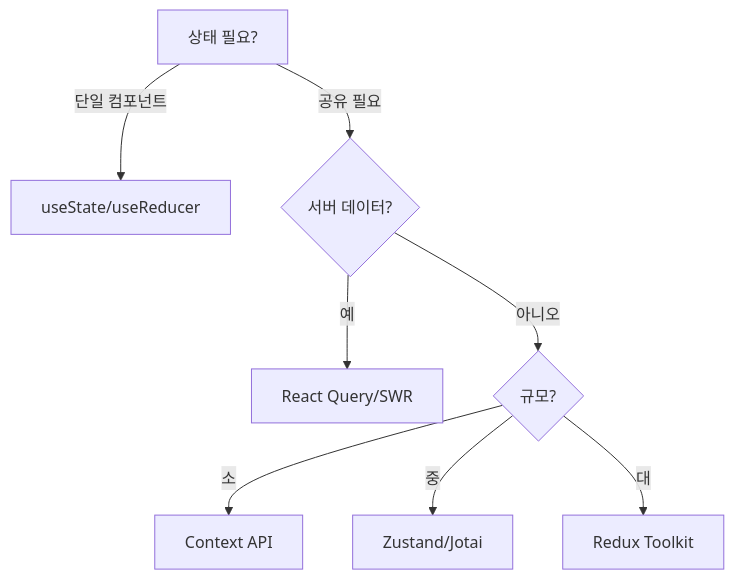
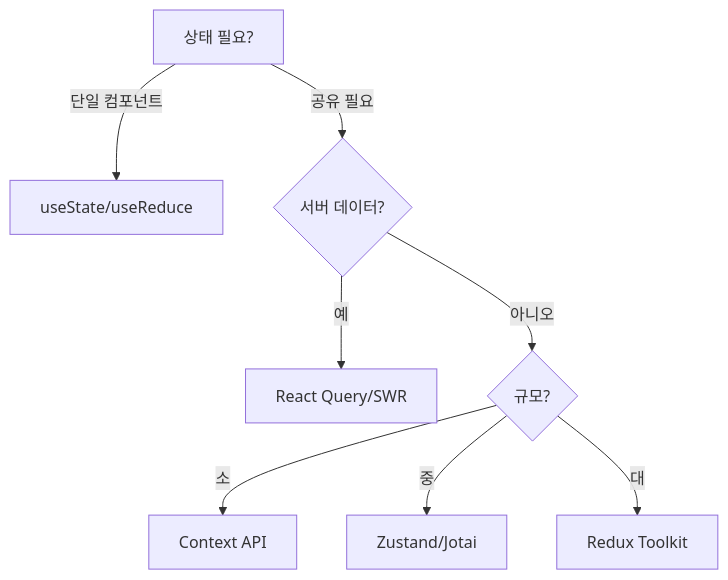
The fifth of 5 diagrams in _posts/frontend/2026-05-02-react-state-management.md (yjkim2015/yjkim2015.github.io), drawn with Mermaid before and after one commit. The commit also changed other lines of this file and 271 other files, not shown here.

First line of the commit message:
Mermaid 라벨 축소: 긴 노드 텍스트 18자 이하로 트림 + \n 제거

````diff
--- a/_posts/frontend/2026-05-02-react-state-management.md
+++ b/_posts/frontend/2026-05-02-react-state-management.md
@@ -368,10 +368,10 @@
 ```mermaid
 flowchart TD
-    A["상태 필요?"] -->|"단일 컴포넌트"| C["useState/useReducer"]
+    A["상태 필요?"] -->|"단일 컴포넌트"| C["useState/useReduce"]
     A -->|"공유 필요"| D{"서버 데이터?"}
     D -->|"예"| E["React Query/SWR"]
     D -->|"아니오"| F{"규모?"}
     F -->|"소"| G["Context API"]
     F -->|"중"| H["Zustand/Jotai"]
     F -->|"대"| I["Redux Toolkit"]
 ```
````
